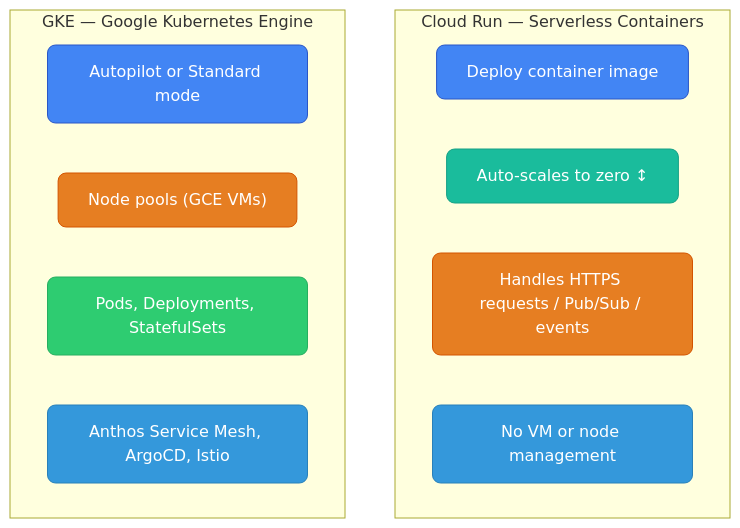
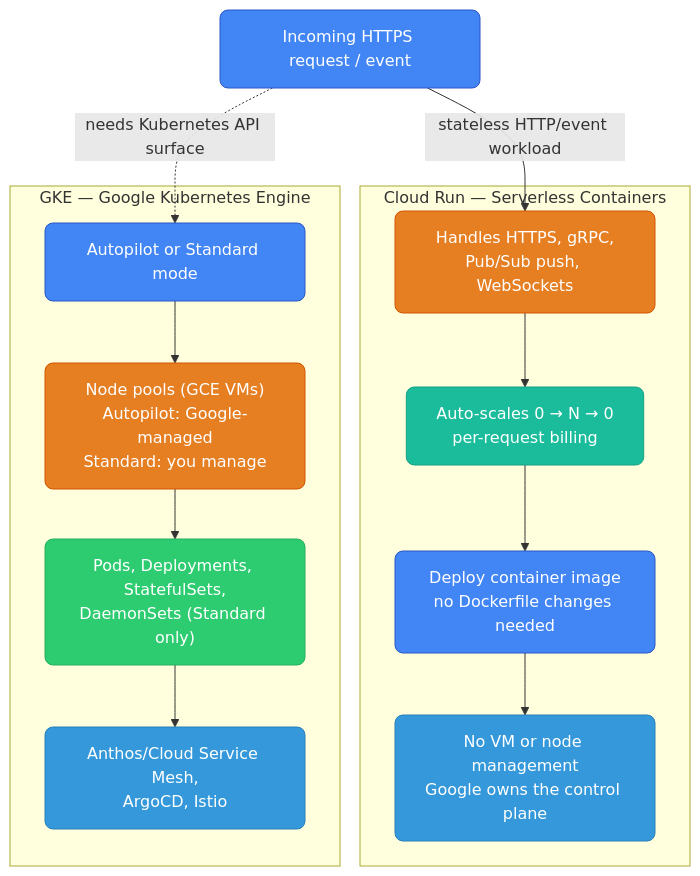
One commit to deepanshu-rawat6/DevOpsIndex changed the fourth of 6 diagrams in gcp/services-overview.md. Above: the diagram before and after it, drawn with Mermaid. The commit also changed other lines of this file and 14 other files, not shown here.

````diff
--- a/gcp/services-overview.md
+++ b/gcp/services-overview.md
@@ -264,22 +360,31 @@
 ```mermaid
 graph TD
     classDef blue fill:#3498db,stroke:#2980b9,color:#fff,rx:8
     classDef green fill:#2ecc71,stroke:#27ae60,color:#fff,rx:8
     classDef orange fill:#e67e22,stroke:#d35400,color:#fff,rx:8
     classDef teal fill:#1abc9c,stroke:#16a085,color:#fff,rx:8
     classDef gcp fill:#4285f4,stroke:#2a56c6,color:#fff,rx:8
 
+    REQ["Incoming HTTPS request / event"]:::gcp
+
     subgraph CloudRun["Cloud Run — Serverless Containers"]
-        CR_DEPLOY["Deploy container image"]:::gcp
-        CR_SCALE["Auto-scales to zero ↕"]:::teal
-        CR_REQ["Handles HTTPS requests / Pub/Sub / events"]:::orange
-        CR_INFRA["No VM or node management"]:::blue
+        CR_REQ["Handles HTTPS, gRPC,<br/>Pub/Sub push, WebSockets"]:::orange
+        CR_SCALE["Auto-scales 0 → N → 0<br/>per-request billing"]:::teal
+        CR_DEPLOY["Deploy container image<br/>no Dockerfile changes needed"]:::gcp
+        CR_INFRA["No VM or node management<br/>Google owns the control plane"]:::blue
+
+        CR_REQ --> CR_SCALE --> CR_DEPLOY --> CR_INFRA
     end
 
     subgraph GKE["GKE — Google Kubernetes Engine"]
         GKE_CP["Autopilot or Standard mode"]:::gcp
-        GKE_NODE["Node pools (GCE VMs)"]:::orange
-        GKE_POD["Pods, Deployments, StatefulSets"]:::green
-        GKE_MESH["Anthos Service Mesh, ArgoCD, Istio"]:::blue
+        GKE_NODE["Node pools (GCE VMs)<br/>Autopilot: Google-managed<br/>Standard: you manage"]:::orange
+        GKE_POD["Pods, Deployments, StatefulSets,<br/>DaemonSets (Standard only)"]:::green
+        GKE_MESH["Anthos/Cloud Service Mesh,<br/>ArgoCD, Istio"]:::blue
+
+        GKE_CP --> GKE_NODE --> GKE_POD --> GKE_MESH
     end
+
+    REQ -->|"stateless HTTP/event workload"| CR_REQ
+    REQ -.->|"needs Kubernetes API surface"| GKE_CP
 ```
````
